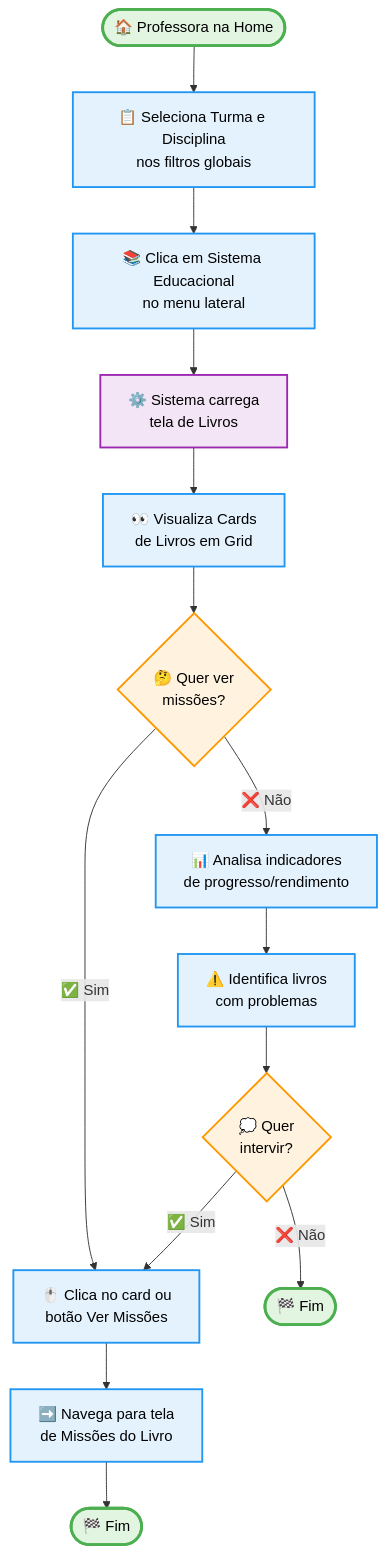
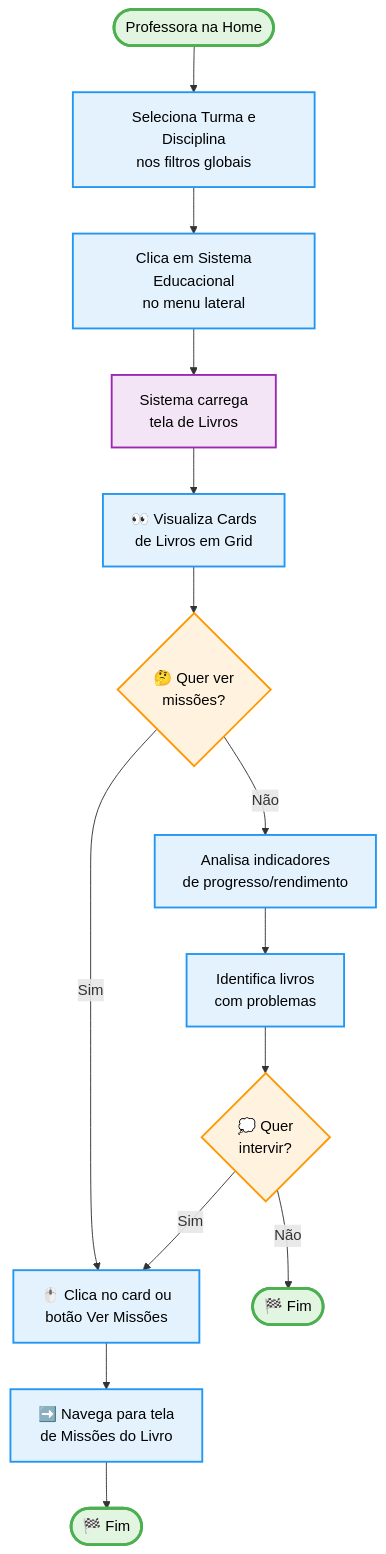
Before and after one commit to fabioeducacross/Ambiente_de_Prototipacao_V5: the diagram in documentation/docs/journeys/teacher/education-system-books.md, drawn with Mermaid. The commit also changed other lines of this file and 60 other files, not shown here.

````diff
--- a/documentation/docs/journeys/teacher/education-system-books.md
+++ b/documentation/docs/journeys/teacher/education-system-books.md
@@ -59,31 +73,31 @@
 ```mermaid
 graph TD
-    Start([🏠 Professora na Home]) --> SelectFilters[📋 Seleciona Turma e Disciplina<br/>nos filtros globais]
-    SelectFilters --> ClickMenu[📚 Clica em Sistema Educacional<br/>no menu lateral]
-    ClickMenu --> LoadBooks[⚙️ Sistema carrega<br/>tela de Livros]
+    Start([<IconHome /> Professora na Home]) --> SelectFilters[<IconClipboard /> Seleciona Turma e Disciplina<br/>nos filtros globais]
+    SelectFilters --> ClickMenu[<IconBooks /> Clica em Sistema Educacional<br/>no menu lateral]
+    ClickMenu --> LoadBooks[<IconSettings /> Sistema carrega<br/>tela de Livros]
     LoadBooks --> ViewGrid[👀 Visualiza Cards<br/>de Livros em Grid]
     
     ViewGrid --> Decision1{🤔 Quer ver<br/>missões?}
     
-    Decision1 -->|✅ Sim| ClickCard[🖱️ Clica no card ou<br/>botão Ver Missões]
-    Decision1 -->|❌ Não| AnalyzeMetrics[📊 Analisa indicadores<br/>de progresso/rendimento]
+    Decision1 -->|<IconCheck /> Sim| ClickCard[🖱️ Clica no card ou<br/>botão Ver Missões]
+    Decision1 -->|<IconX /> Não| AnalyzeMetrics[<IconChart /> Analisa indicadores<br/>de progresso/rendimento]
     
     ClickCard --> Navigate[➡️ Navega para tela<br/>de Missões do Livro]
     
-    AnalyzeMetrics --> Identify[⚠️ Identifica livros<br/>com problemas]
+    AnalyzeMetrics --> Identify[<IconWarning /> Identifica livros<br/>com problemas]
     Identify --> Decision2{💭 Quer<br/>intervir?}
     
-    Decision2 -->|✅ Sim| ClickCard
-    Decision2 -->|❌ Não| End1([🏁 Fim])
+    Decision2 -->|<IconCheck /> Sim| ClickCard
+    Decision2 -->|<IconX /> Não| End1([🏁 Fim])
     Navigate --> End2([🏁 Fim])
     
     classDef startEnd fill:#e1f5e1,stroke:#4caf50,stroke-width:3px,color:#000
     classDef action fill:#e3f2fd,stroke:#2196f3,stroke-width:2px,color:#000
     classDef decision fill:#fff3e0,stroke:#ff9800,stroke-width:2px,color:#000
     classDef system fill:#f3e5f5,stroke:#9c27b0,stroke-width:2px,color:#000
     
     class Start,End1,End2 startEnd
     class SelectFilters,ClickMenu,ViewGrid,ClickCard,AnalyzeMetrics,Identify,Navigate action
     class Decision1,Decision2 decision
     class LoadBooks system
 ```
````
